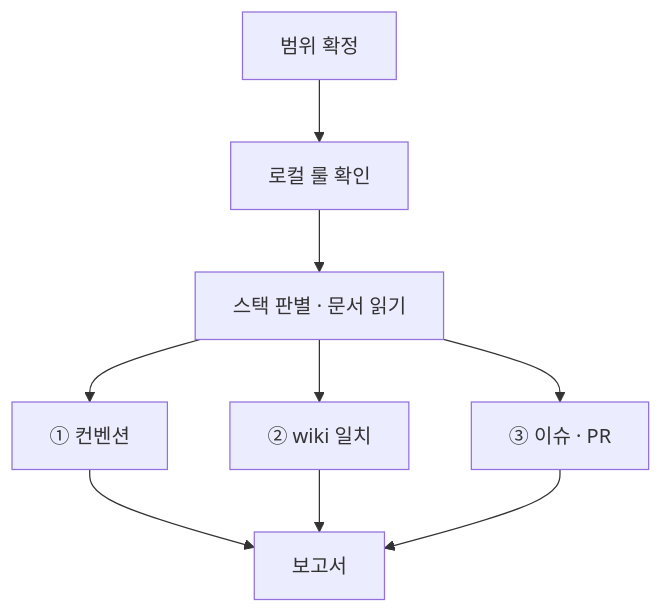
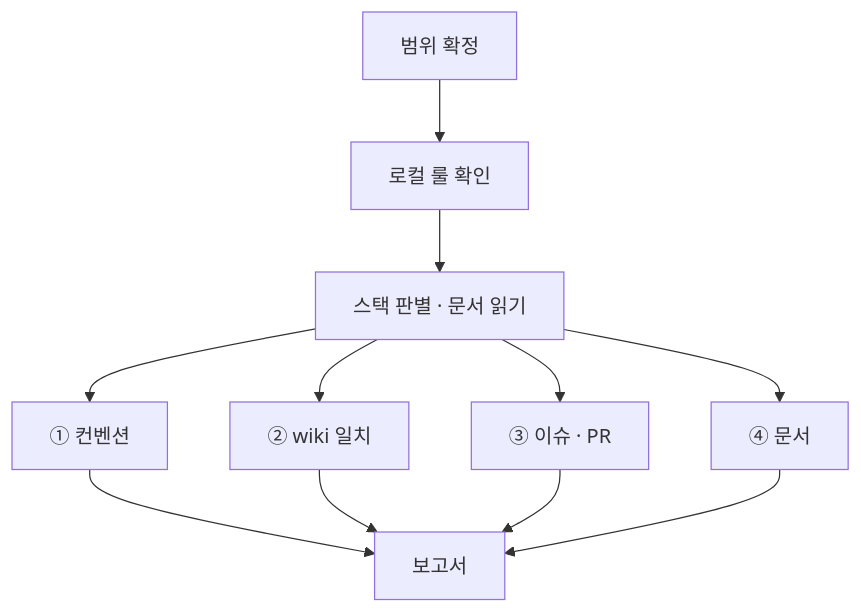
Before and after one commit to freevue/bab-skill: the diagram in plugins/bab/skills/audit/SKILL.md, drawn with Mermaid. The commit also changed other lines of this file and 18 other files, not shown here.

````diff
--- a/plugins/bab/skills/audit/SKILL.md
+++ b/plugins/bab/skills/audit/SKILL.md
@@ -19,11 +19,13 @@
 ```mermaid
 flowchart TD
   A[범위 확정] --> B[로컬 룰 확인]
   B --> C[스택 판별 · 문서 읽기]
   C --> D[① 컨벤션]
   C --> E[② wiki 일치]
   C --> F[③ 이슈 · PR]
+  C --> H[④ 문서]
   D --> G[보고서]
   E --> G
   F --> G
+  H --> G
 ```
````
